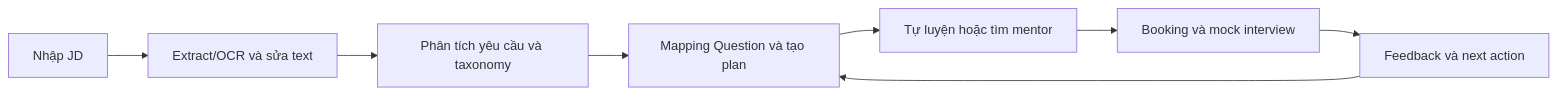
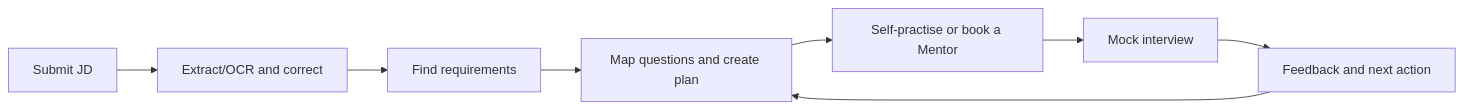
The diagram in docs/Project_Proposal/Project_Proposal_Draft.md (tnnhuaa/InterviewQuestionBank), drawn with Mermaid before and after one commit. The commit also changed other lines of this file and 70 other files, not shown here.

````diff
--- a/docs/Project_Proposal/Project_Proposal_Draft.md
+++ b/docs/Project_Proposal/Project_Proposal_Draft.md
@@ -54,10 +40,10 @@
 ```mermaid
 flowchart LR
-    A["Nhập JD"] --> B["Extract/OCR và sửa text"]
-    B --> C["Phân tích yêu cầu và taxonomy"]
-    C --> D["Mapping Question và tạo plan"]
-    D --> E["Tự luyện hoặc tìm mentor"]
-    E --> F["Booking và mock interview"]
-    F --> G["Feedback và next action"]
+    A["Submit JD"] --> B["Extract/OCR and correct"]
+    B --> C["Find requirements"]
+    C --> D["Map questions and create plan"]
+    D --> E["Self-practise or book a Mentor"]
+    E --> F["Mock interview"]
+    F --> G["Feedback and next action"]
     G --> D
 ```
````
